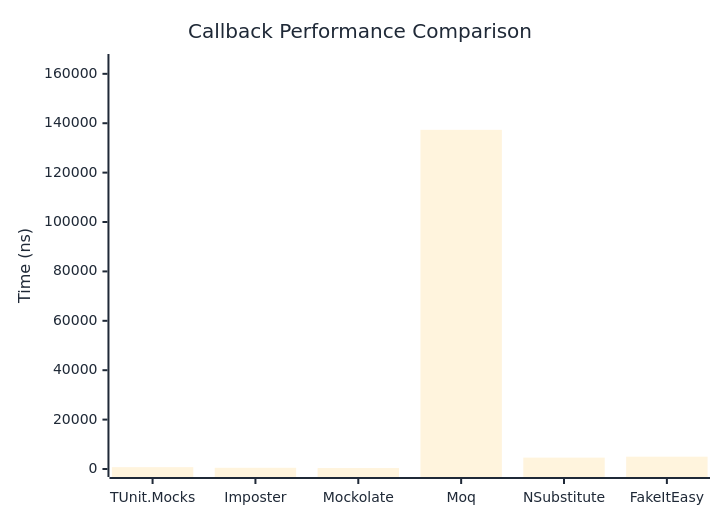
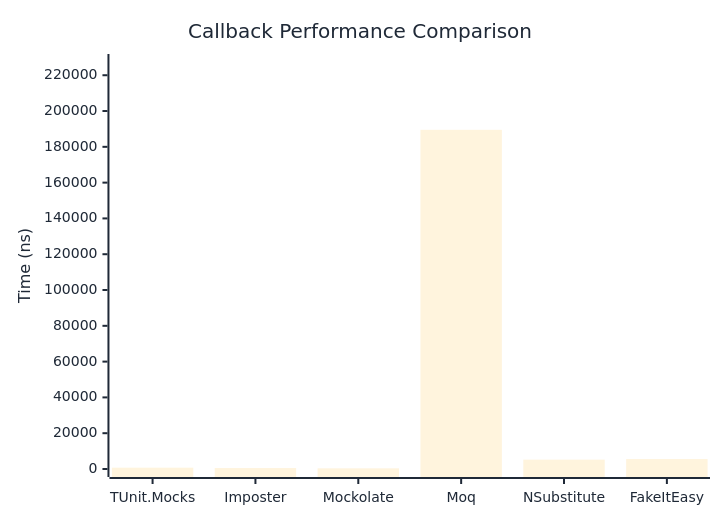
One commit to thomhurst/TUnit changed the first of 2 diagrams in docs/docs/benchmarks/mocks/Callback.md. Above: the diagram before and after it, drawn with Mermaid. The commit also changed other lines of this file and 14 other files, not shown here.

````diff
--- a/docs/docs/benchmarks/mocks/Callback.md
+++ b/docs/docs/benchmarks/mocks/Callback.md
@@ -30,27 +30,27 @@
 ```mermaid
 %%{init: {
   'theme':'base',
   'themeVariables': {
     'primaryColor': '#2563eb',
     'primaryTextColor': '#1f2937',
     'primaryBorderColor': '#1e40af',
     'lineColor': '#6b7280',
     'secondaryColor': '#7c3aed',
     'tertiaryColor': '#dc2626',
     'background': '#ffffff',
     'pie1': '#2563eb',
     'pie2': '#7c3aed',
     'pie3': '#dc2626',
     'pie4': '#f59e0b',
     'pie5': '#10b981',
     'pie6': '#06b6d4',
     'pie7': '#ec4899',
     'pie8': '#6366f1'
   }
 }}%%
 xychart-beta
   title "Callback Performance Comparison"
   x-axis ["TUnit.Mocks", "Imposter", "Mockolate", "Moq", "NSubstitute", "FakeItEasy"]
-  y-axis "Time (ns)" 0 --> 164790
-  bar [746.7, 494.2, 380.4, 137324.7, 4608.8, 4990.5]
+  y-axis "Time (ns)" 0 --> 227393
+  bar [741, 533.9, 373.7, 189494, 5233, 5560.4]
 ```
````
